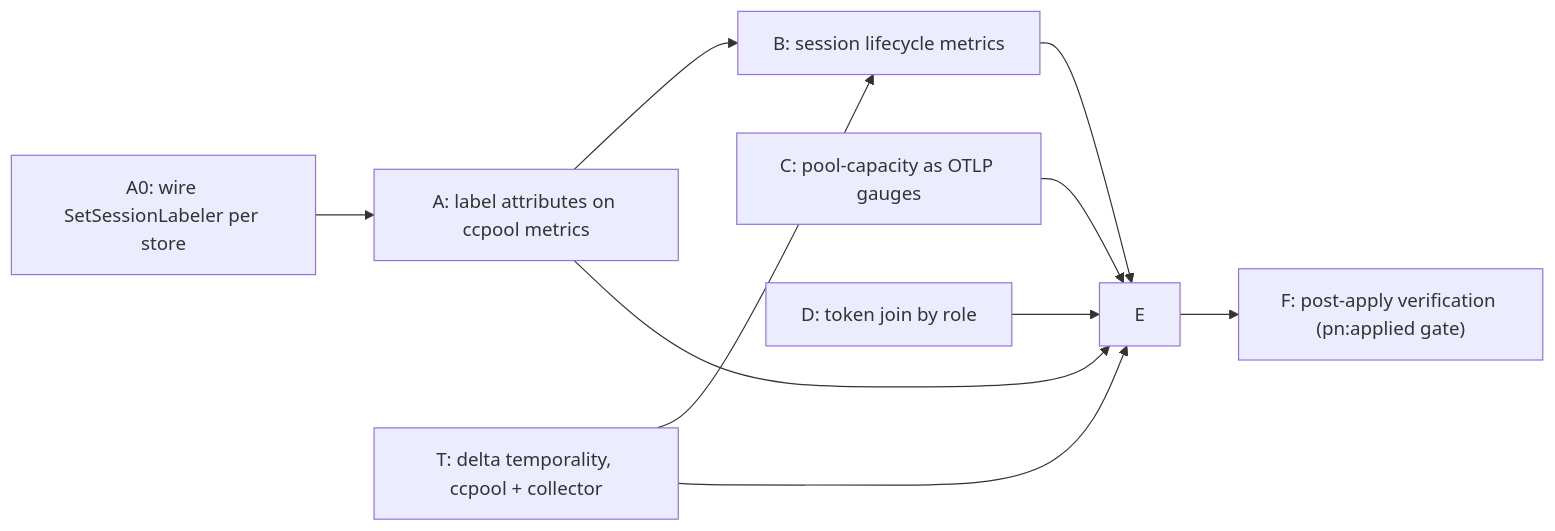
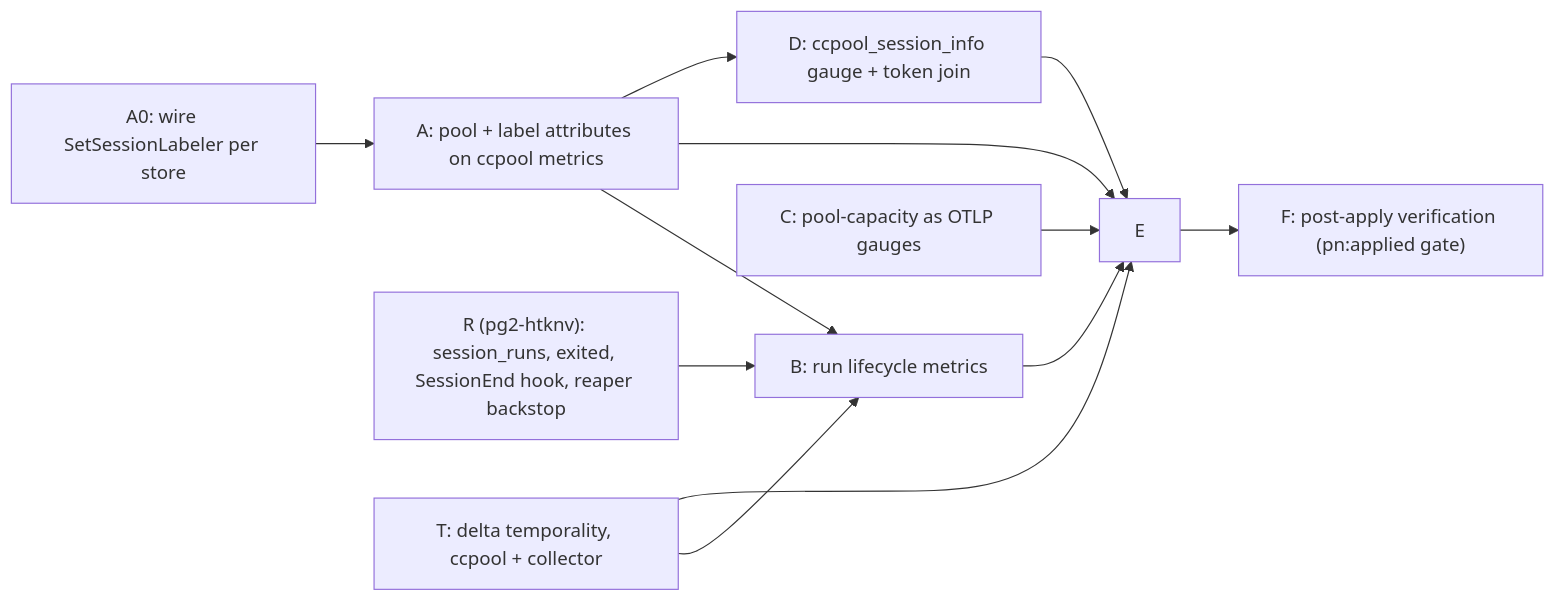
One commit to phillipgreenii/nix-agent-support changed the diagram in docs/superpowers/plans/2026-09-29-ccpool-pool-dashboard.md. Above: the diagram before and after it, drawn with Mermaid. The commit also changed other lines of this file, not shown here.

First line of the commit message:
docs: ccpool dashboard plan rev 5 (pool attribute, session_runs, natural exits, session-id token join)

````diff
--- a/docs/superpowers/plans/2026-09-29-ccpool-pool-dashboard.md
+++ b/docs/superpowers/plans/2026-09-29-ccpool-pool-dashboard.md
@@ -87,12 +118,14 @@
 ```mermaid
 flowchart LR
-  A0["A0: wire SetSessionLabeler per store"] --> A["A: label attributes on ccpool metrics"]
-  A --> B["B: session lifecycle metrics"]
+  A0["A0: wire SetSessionLabeler per store"] --> A["A: pool + label attributes on ccpool metrics"]
+  R["R (pg2-htknv): session_runs, exited, SessionEnd hook, reaper backstop"] --> B["B: run lifecycle metrics"]
+  A --> B
   T["T: delta temporality, ccpool + collector"] --> B
   T --> E
   A --> E
+  A --> D["D: ccpool_session_info gauge + token join"]
   B --> E
   C["C: pool-capacity as OTLP gauges"] --> E
-  D["D: token join by role"] --> E
+  D --> E
   E --> F["F: post-apply verification (pn:applied gate)"]
 ```
````
